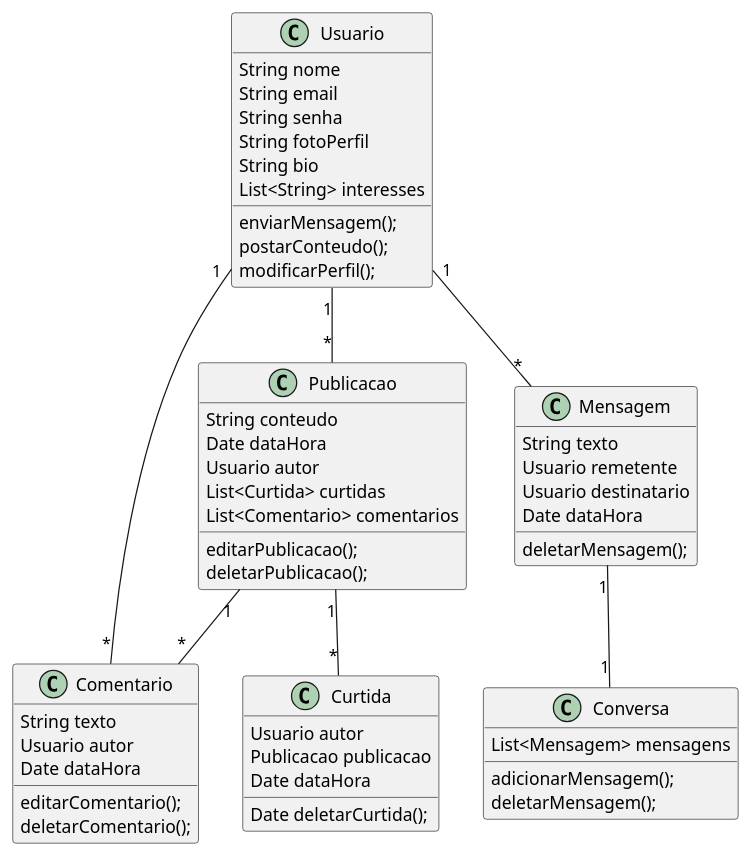
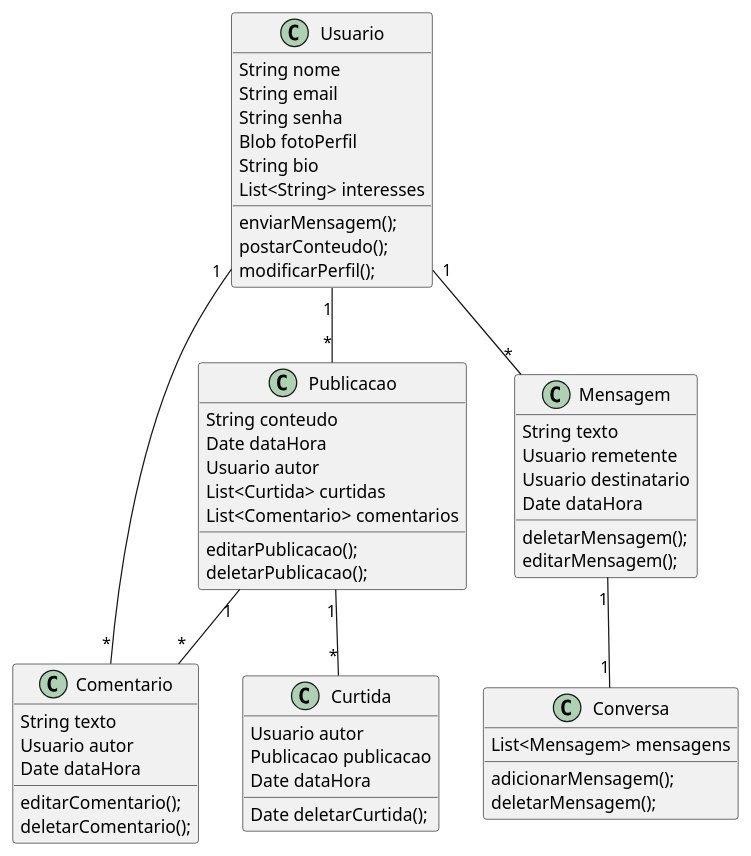
Before and after one commit to Rakoski/ifpr_poo_uml: the diagram in src/main/java/org/example/RedeSocial.puml, drawn with PlantUML.

Commit message:
Rede social uml

```diff
--- a/src/main/java/org/example/RedeSocial.puml
+++ b/src/main/java/org/example/RedeSocial.puml
@@ -1,62 +1,63 @@
 @startuml
 
 Usuario "1" -- "*" Publicacao
 Usuario "1" -- "*" Comentario
 Usuario "1" -- "*" Mensagem
 Publicacao "1" -- "*" Curtida
 Publicacao "1" -- "*" Comentario
 Mensagem "1" -- "1" Conversa
 
 class Usuario {
   String nome
   String email
   String senha
-  String fotoPerfil
+  Blob fotoPerfil
   String bio
   List<String> interesses
   enviarMensagem();
   postarConteudo();
   modificarPerfil();
 }
 
 class Publicacao {
   String conteudo
   Date dataHora
   Usuario autor
   List<Curtida> curtidas
   List<Comentario> comentarios
   editarPublicacao();
   deletarPublicacao();
 }
 
 class Comentario {
   String texto
   Usuario autor
   Date dataHora
   editarComentario();
   deletarComentario();
 }
 
 class Mensagem {
   String texto
   Usuario remetente
   Usuario destinatario
   Date dataHora
   deletarMensagem();
+  editarMensagem();
 }
 
 class Curtida {
   Usuario autor
   Publicacao publicacao
   Date dataHora
   Date deletarCurtida();
 }
 
 
 class Conversa {
   List<Mensagem> mensagens
   adicionarMensagem();
   deletarMensagem();
 }
 
 @enduml
```
